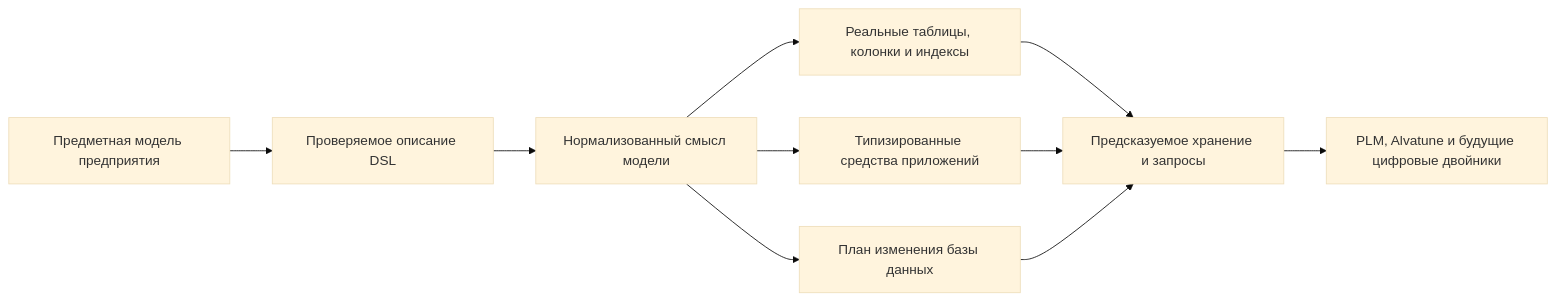
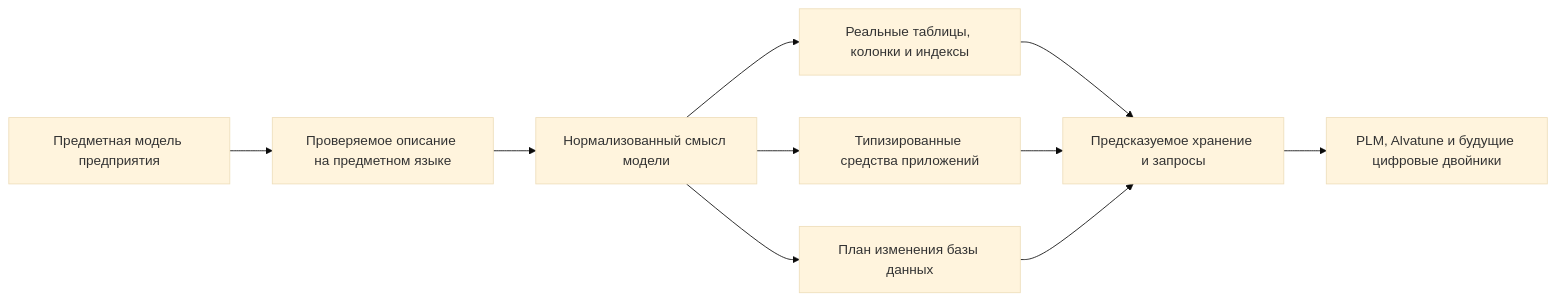
The diagram in wiki/Data-guide.md (ZelAnton/Interlink-product-book), drawn with Mermaid (base theme) before and after one commit. The commit also changed other lines of this file and 67 other files, not shown here.

````diff
--- a/wiki/Data-guide.md
+++ b/wiki/Data-guide.md
@@ -26,12 +26,12 @@
 ```mermaid
 flowchart LR
-    A["Предметная модель предприятия"] --> B["Проверяемое описание DSL"]
+    A["Предметная модель предприятия"] --> B["Проверяемое описание на предметном языке"]
     B --> C["Нормализованный смысл модели"]
     C --> D["Реальные таблицы, колонки и индексы"]
     C --> E["Типизированные средства приложений"]
     C --> F["План изменения базы данных"]
     D --> G["Предсказуемое хранение и запросы"]
     E --> G
     F --> G
     G --> H["PLM, Alvatune и будущие цифровые двойники"]
 ```
````
